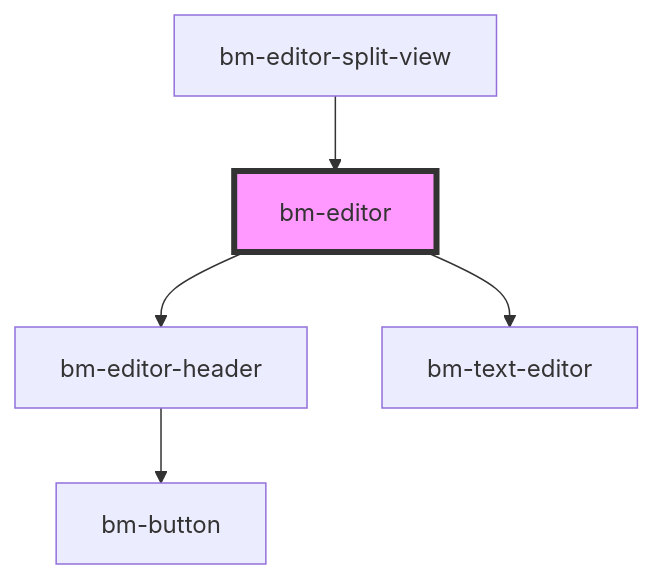
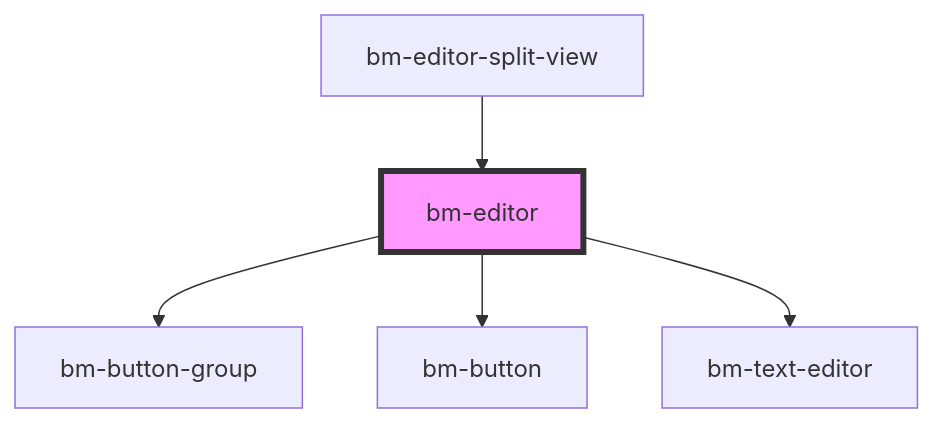
The diagram in packages/studio/src/components/editor/editor/readme.md (bettermusic/studio), drawn with Mermaid before and after one commit. The commit also changed other lines of this file and 170 other files, not shown here.

````diff
--- a/packages/studio/src/components/editor/editor/readme.md
+++ b/packages/studio/src/components/editor/editor/readme.md
@@ -27,8 +28,8 @@
 ```mermaid
 graph TD;
-  bm-editor --> bm-editor-header
+  bm-editor --> bm-button-group
+  bm-editor --> bm-button
   bm-editor --> bm-text-editor
-  bm-editor-header --> bm-button
   bm-editor-split-view --> bm-editor
   style bm-editor fill:#f9f,stroke:#333,stroke-width:4px
 ```
````
